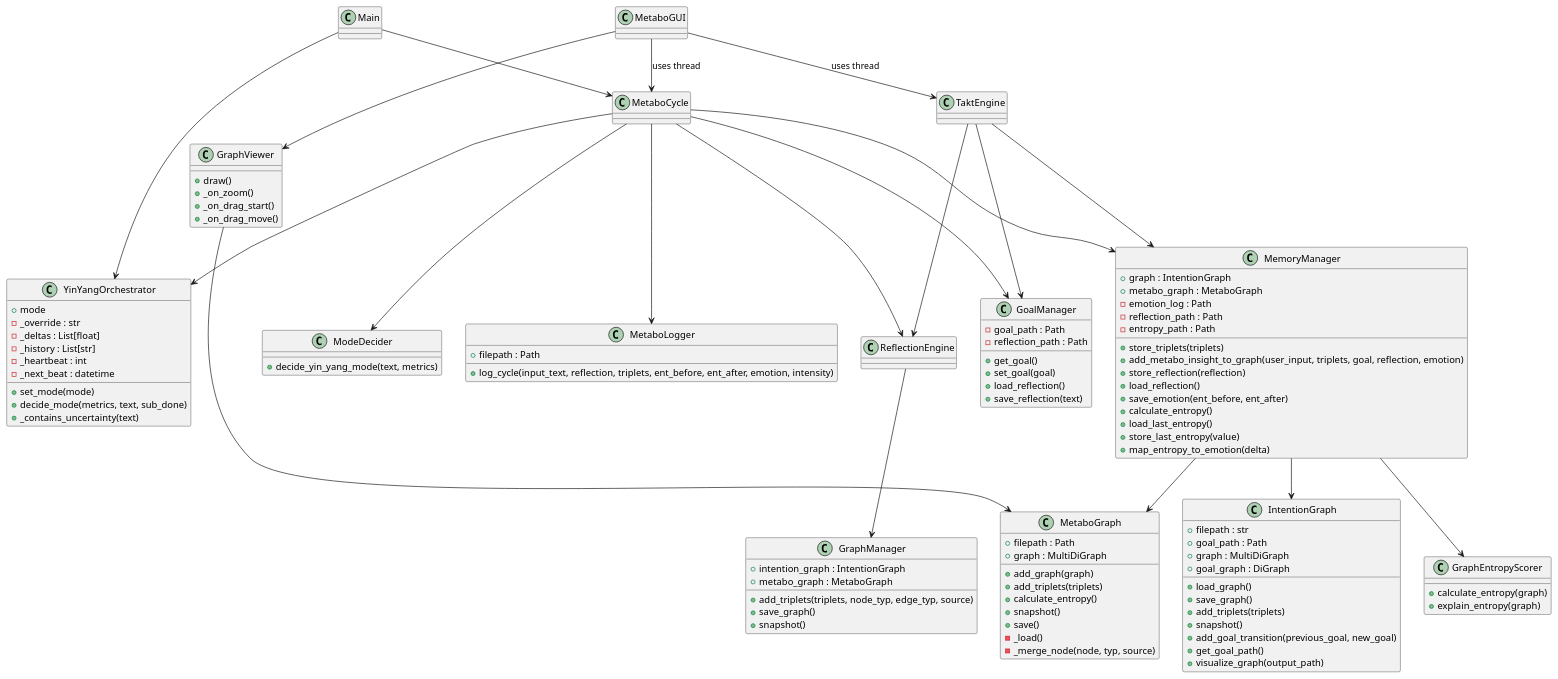
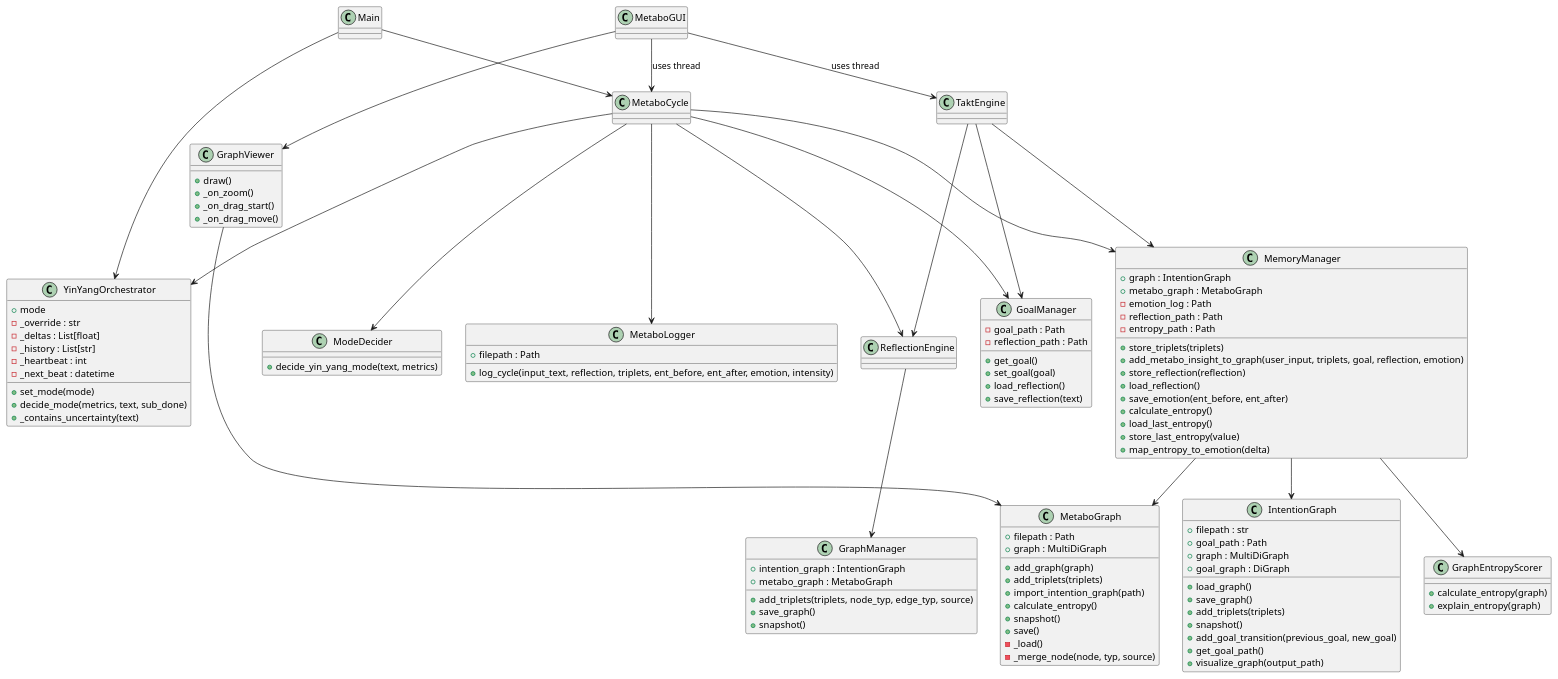
One commit to marcusreimold/MetaboMind changed the diagram in doc/diagrams/class_diagram.puml. Above: the diagram before and after it, drawn with PlantUML. The commit also changed 4 other files, not shown here.

Commit message:
Migrate intention graph into MetaboGraph

```diff
--- a/doc/diagrams/class_diagram.puml
+++ b/doc/diagrams/class_diagram.puml
@@ -1,111 +1,112 @@
 @startuml
 '/' Updated after adding requirements.txt
 class Main
 class MetaboCycle
 class GoalManager {
   -goal_path : Path
   -reflection_path : Path
   +get_goal()
   +set_goal(goal)
   +load_reflection()
   +save_reflection(text)
 }
 class MemoryManager {
   +graph : IntentionGraph
   +metabo_graph : MetaboGraph
   -emotion_log : Path
   -reflection_path : Path
   -entropy_path : Path
   +store_triplets(triplets)
   +add_metabo_insight_to_graph(user_input, triplets, goal, reflection, emotion)
   +store_reflection(reflection)
   +load_reflection()
   +save_emotion(ent_before, ent_after)
   +calculate_entropy()
   +load_last_entropy()
   +store_last_entropy(value)
   +map_entropy_to_emotion(delta)
 }
 class IntentionGraph {
   +filepath : str
   +goal_path : Path
   +graph : MultiDiGraph
   +goal_graph : DiGraph
   +load_graph()
   +save_graph()
   +add_triplets(triplets)
   +snapshot()
   +add_goal_transition(previous_goal, new_goal)
   +get_goal_path()
   +visualize_graph(output_path)
 }
 class ReflectionEngine
 class TaktEngine
 class YinYangOrchestrator {
   +mode
   -_override : str
   -_deltas : List[float]
   -_history : List[str]
   -_heartbeat : int
   -_next_beat : datetime
   +set_mode(mode)
   +decide_mode(metrics, text, sub_done)
   +_contains_uncertainty(text)
 }
 class ModeDecider {
   +decide_yin_yang_mode(text, metrics)
 }
 class MetaboGUI
 class GraphViewer {
   +draw()
   +_on_zoom()
   +_on_drag_start()
   +_on_drag_move()
 }
 class GraphEntropyScorer {
   +calculate_entropy(graph)
   +explain_entropy(graph)
 }
 class MetaboGraph {
   +filepath : Path
   +graph : MultiDiGraph
   +add_graph(graph)
   +add_triplets(triplets)
+  +import_intention_graph(path)
   +calculate_entropy()
   +snapshot()
   +save()
   -_load()
   -_merge_node(node, typ, source)
 }
 class GraphManager {
   +intention_graph : IntentionGraph
   +metabo_graph : MetaboGraph
   +add_triplets(triplets, node_typ, edge_typ, source)
   +save_graph()
   +snapshot()
 }
 class MetaboLogger {
   +filepath : Path
   +log_cycle(input_text, reflection, triplets, ent_before, ent_after, emotion, intensity)
 }
 
 Main --> MetaboCycle
 MetaboCycle --> GoalManager
 MetaboCycle --> MemoryManager
 MetaboCycle --> ReflectionEngine
 ReflectionEngine --> GraphManager
 MetaboCycle --> YinYangOrchestrator
 MetaboCycle --> ModeDecider
 MemoryManager --> IntentionGraph
 MemoryManager --> MetaboGraph
 TaktEngine --> MemoryManager
 TaktEngine --> GoalManager
 TaktEngine --> ReflectionEngine
 Main --> YinYangOrchestrator
 MetaboGUI --> MetaboCycle : uses thread
 MetaboGUI --> TaktEngine : uses thread
 MetaboGUI --> GraphViewer
 MemoryManager --> GraphEntropyScorer
 GraphViewer --> MetaboGraph
 MetaboCycle --> MetaboLogger
 @enduml
```
